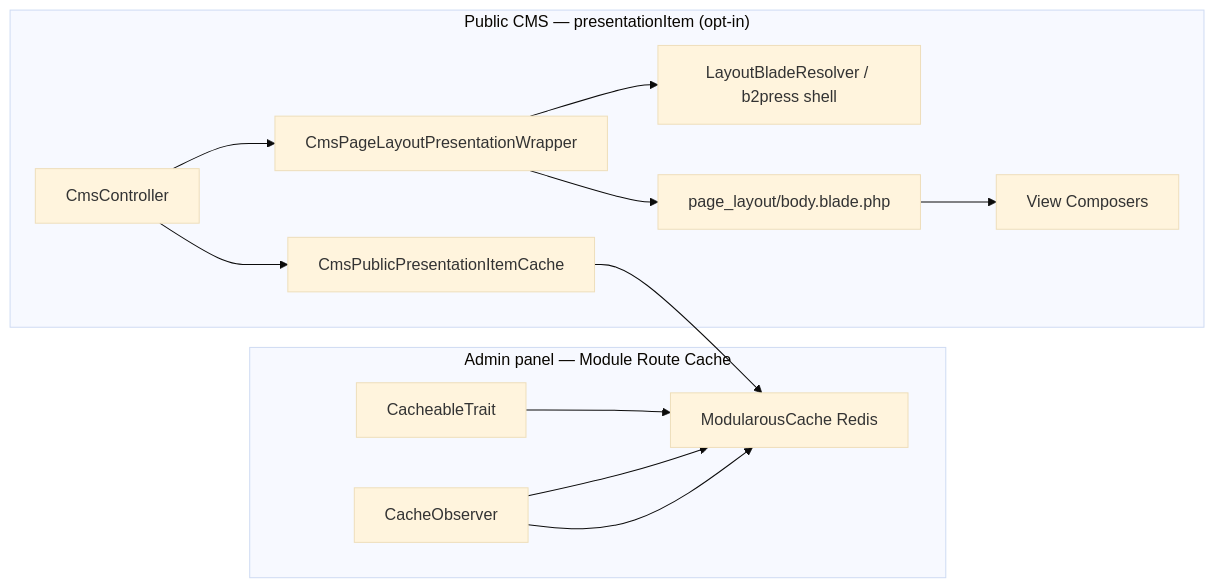
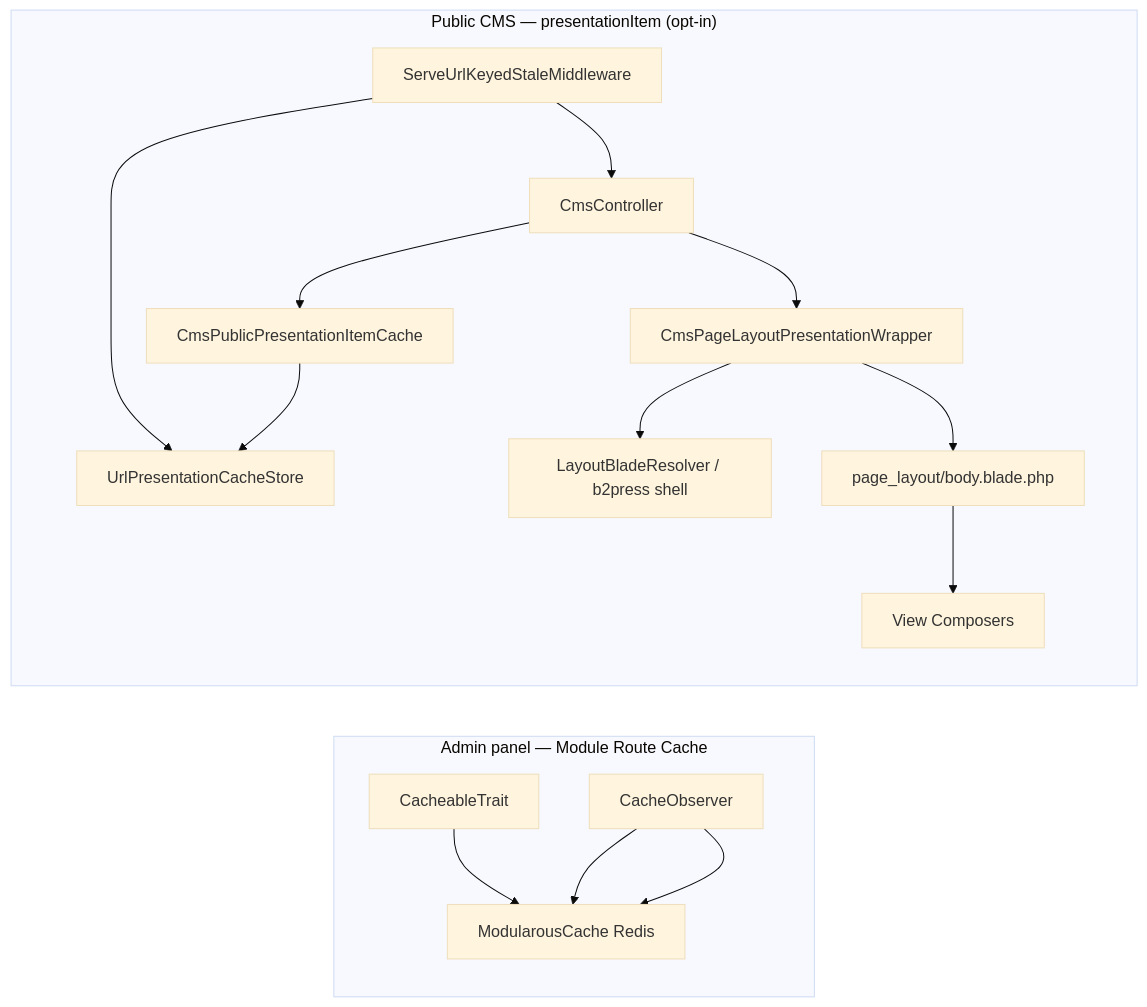
One commit to unusualify/modularity changed the diagram in docs/src/pages/guide/module-route-cache/cms-public-pages.md. Above: the diagram before and after it, drawn with Mermaid (base theme). The commit also changed other lines of this file and 9 other files, not shown here.

Commit message:
docs(cache): expand documentation for public presentation item caching, including configuration, SWR, and webhook revalidation

````diff
--- a/docs/src/pages/guide/module-route-cache/cms-public-pages.md
+++ b/docs/src/pages/guide/module-route-cache/cms-public-pages.md
@@ -13,24 +15,28 @@
 ```mermaid
 flowchart LR
     subgraph Admin["Admin panel — Module Route Cache"]
         Repo[CacheableTrait] --> MC[ModularousCache Redis]
         Obs[CacheObserver] --> MC
     end
 
     subgraph Public["Public CMS — presentationItem (opt-in)"]
+        MW[ServeUrlKeyedStaleMiddleware]
         CmsCtrl[CmsController]
         PICache[CmsPublicPresentationItemCache]
+        UrlDisk[UrlPresentationCacheStore]
         Wrapper[CmsPageLayoutPresentationWrapper]
         Layout[LayoutBladeResolver / b2press shell]
         Body[page_layout/body.blade.php]
         Composers[View Composers]
     end
 
+    MW --> UrlDisk
+    MW --> CmsCtrl
     CmsCtrl --> PICache
-    PICache --> MC
+    PICache --> UrlDisk
     CmsCtrl --> Wrapper
     Wrapper --> Layout
     Wrapper --> Body
     Body --> Composers
     Obs --> MC
 ```
````
